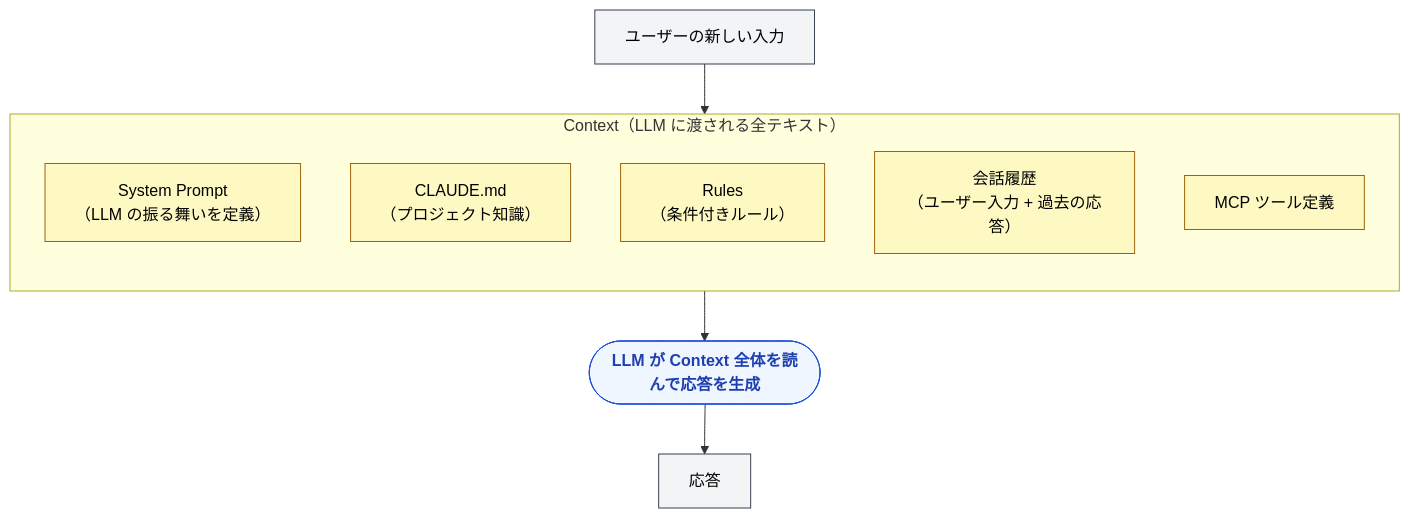
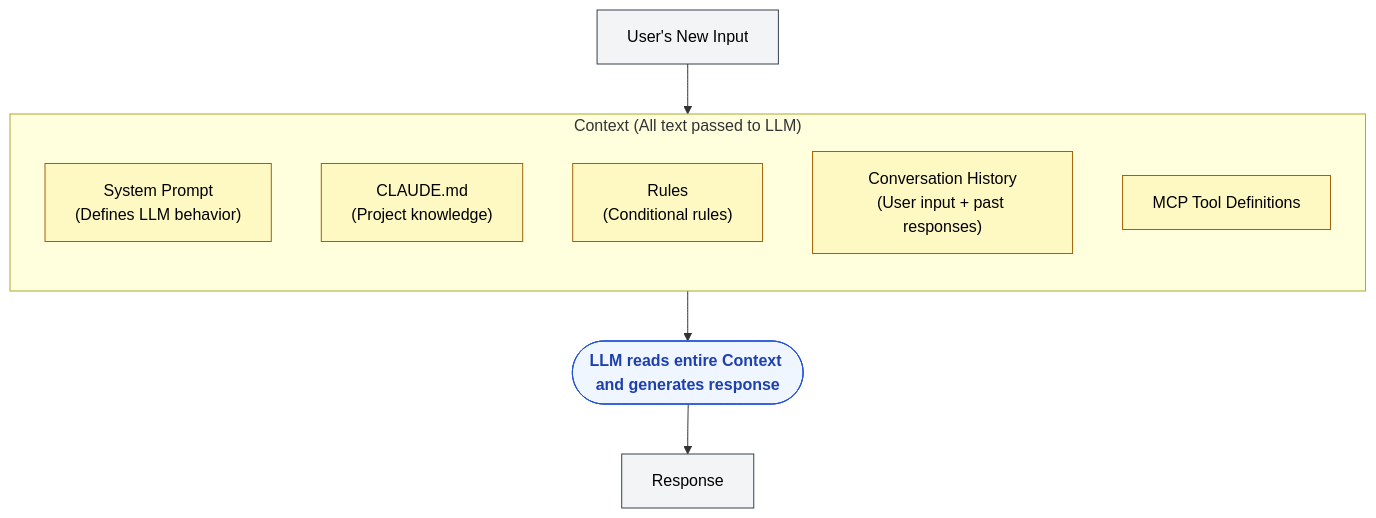
The second of 5 diagrams in docs/02-context-window/token-context-basics.md (shuji-bonji/understanding-llm-through-claude-code), drawn with Mermaid before and after one commit. The commit also changed other lines of this file and 100 other files, not shown here.

````diff
--- a/docs/02-context-window/token-context-basics.md
+++ b/docs/02-context-window/token-context-basics.md
@@ -77,26 +79,26 @@
 ```mermaid
 graph TD
-    subgraph CONTEXT["Context（LLM に渡される全テキスト）"]
+    subgraph CONTEXT["Context (All text passed to LLM)"]
         direction TB
-        SP["System Prompt<br/>（LLM の振る舞いを定義）"]
-        CLAUDE["CLAUDE.md<br/>（プロジェクト知識）"]
-        RULES["Rules<br/>（条件付きルール）"]
-        HISTORY["会話履歴<br/>（ユーザー入力 + 過去の応答）"]
-        TOOLS["MCP ツール定義"]
+        SP["System Prompt<br/>(Defines LLM behavior)"]
+        CLAUDE["CLAUDE.md<br/>(Project knowledge)"]
+        RULES["Rules<br/>(Conditional rules)"]
+        HISTORY["Conversation History<br/>(User input + past responses)"]
+        TOOLS["MCP Tool Definitions"]
     end
 
-    USER["ユーザーの新しい入力"]
-    LLM_PROC(["LLM が Context 全体を読んで応答を生成"])
-    RESPONSE["応答"]
+    USER["User's New Input"]
+    LLM_PROC(["LLM reads entire Context and generates response"])
+    RESPONSE["Response"]
 
     USER --> CONTEXT
     CONTEXT --> LLM_PROC
     LLM_PROC --> RESPONSE
 
     classDef ctx fill:#fef9c3,stroke:#a16207,color:#000
     classDef process fill:#eff6ff,stroke:#1d4ed8,color:#1e40af,font-weight:bold
     classDef io fill:#f3f4f6,stroke:#374151,color:#000
     class SP,CLAUDE,RULES,HISTORY,TOOLS ctx
     class LLM_PROC process
     class USER,RESPONSE io
 ```
````
